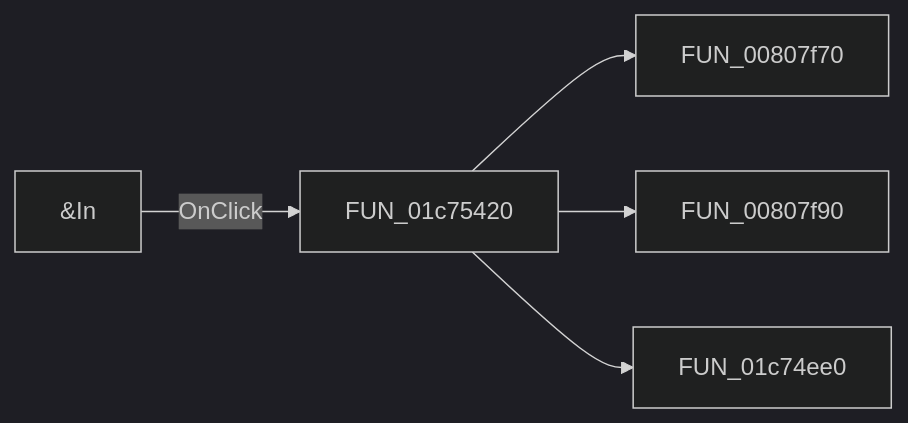
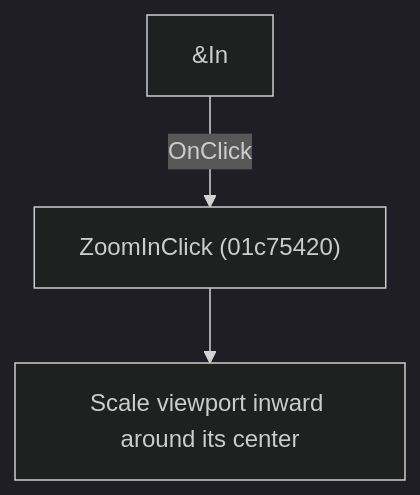
The diagram in docs/ui-controls/schematiceditor/zoomin-1ef691265b.md (MovGP0/TIARA), drawn with Mermaid (dark theme) before and after one commit. The commit also changed other lines of this file and 1062 other files, not shown here.

````diff
--- a/docs/ui-controls/schematiceditor/zoomin-1ef691265b.md
+++ b/docs/ui-controls/schematiceditor/zoomin-1ef691265b.md
@@ -27,7 +27,5 @@
 ```mermaid
-flowchart LR
-    control["&In"] -->|OnClick| handler["FUN_01c75420"]
-    handler --> call1["FUN_00807f70"]
-    handler --> call2["FUN_00807f90"]
-    handler --> call3["FUN_01c74ee0"]
+flowchart TD
+    control["&In"] -->|"OnClick"| handler["ZoomInClick (01c75420)"]
+    handler --> action["Scale viewport inward around its center"]
 ```
````
